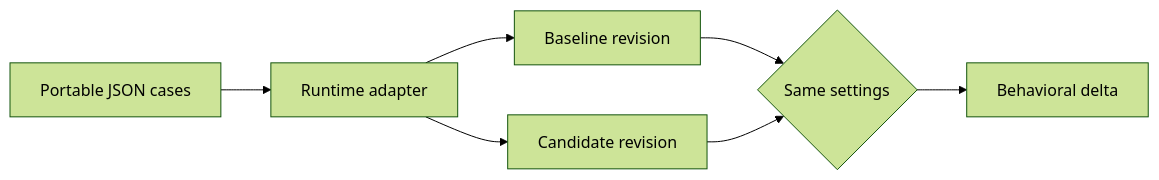
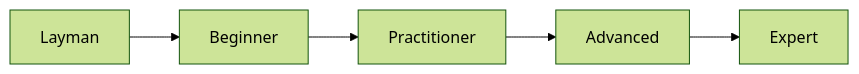
The third of 3 diagrams in README.md (trykA123/skillify), drawn with Mermaid (forest theme) before and after one commit. The commit also changed other lines of this file and 93 other files, not shown here.

````diff
--- a/README.md
+++ b/README.md
@@ -524,9 +191,4 @@
 ```mermaid
 flowchart LR
-    Cases[Portable JSON cases] --> Adapter[Runtime adapter]
-    Adapter --> Baseline[Baseline revision]
-    Adapter --> Candidate[Candidate revision]
-    Baseline --> Compare{Same settings}
-    Candidate --> Compare
-    Compare --> Report[Behavioral delta]
+    L[Layman] --> B[Beginner] --> P[Practitioner] --> A[Advanced] --> E[Expert]
 ```
````
